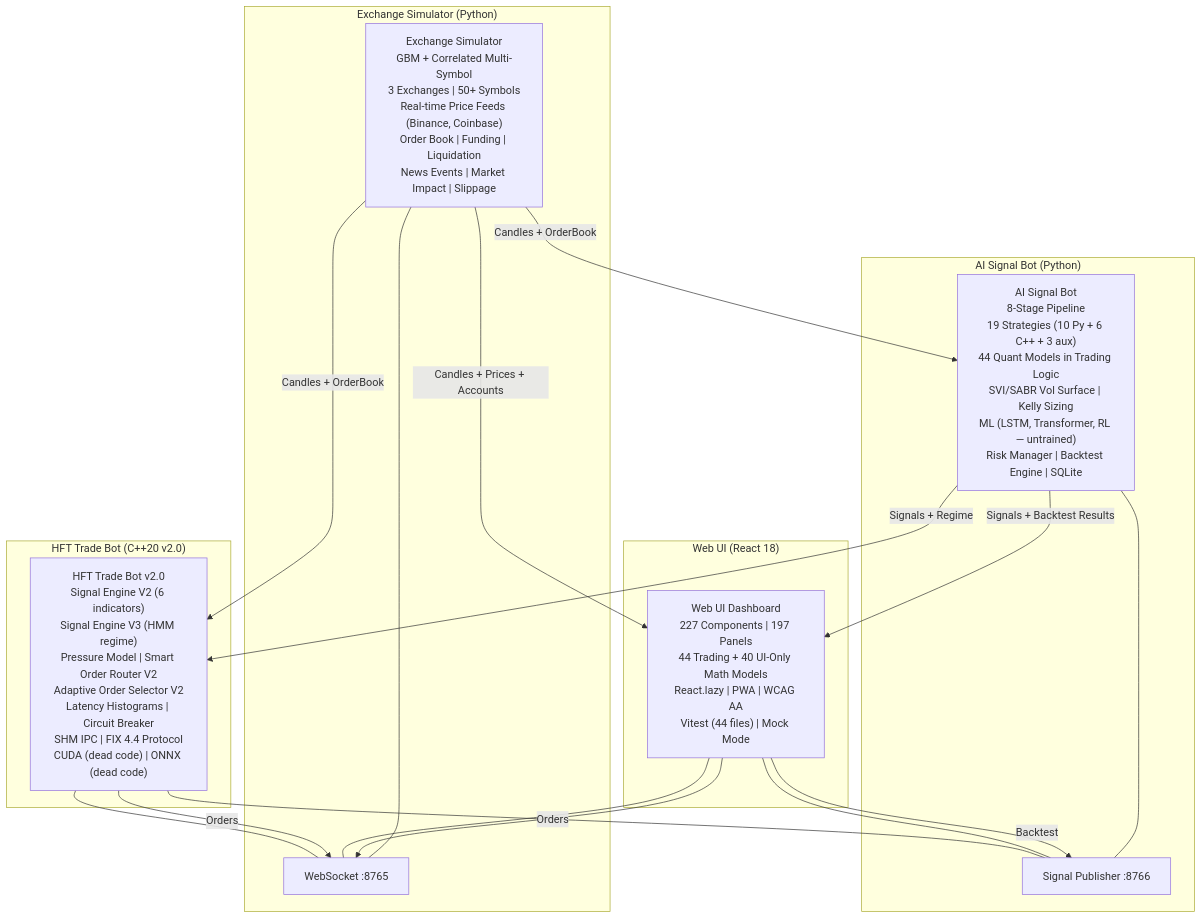
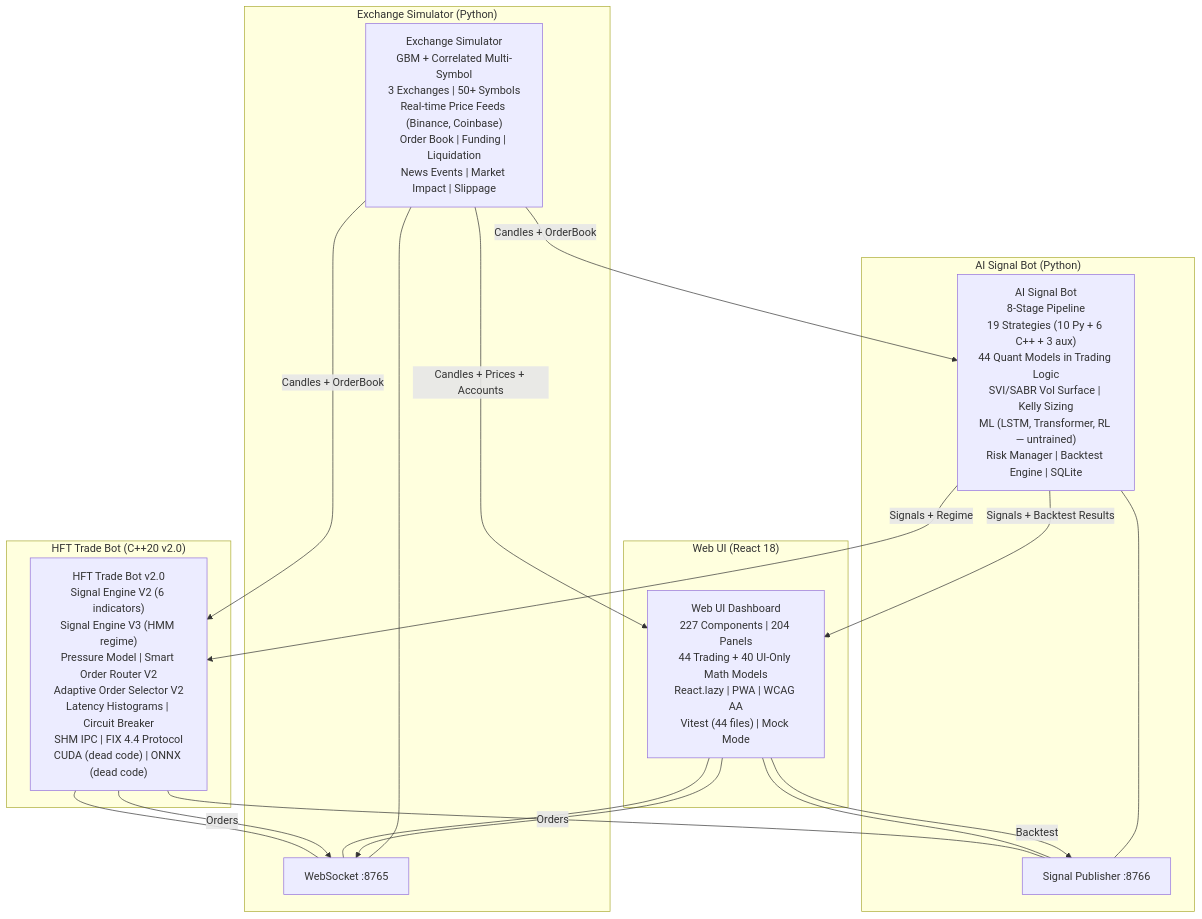
The diagram in docs/ARCHITECTURE.md (ezpectus/HFT-trading-simulator), drawn with Mermaid before and after one commit. The commit also changed other lines of this file and 14 other files, not shown here.

Commit message:
docs: Sprint 17 — fix stale README/ARCHITECTURE badges, correct test coverage audit. QUAL-082: README panels 197→204, tests 172+→182, readiness 62%→66%. QUAL-083: ARCHITECTURE.md 6× 197→204. QUAL-080 corrected: 8 untested modules (not 13), 92.2% coverage.

````diff
--- a/docs/ARCHITECTURE.md
+++ b/docs/ARCHITECTURE.md
@@ -23,35 +23,35 @@
 ```mermaid
 graph TB
     subgraph "Exchange Simulator (Python)"
         ES["Exchange Simulator<br/>GBM + Correlated Multi-Symbol<br/>3 Exchanges | 50+ Symbols<br/>Real-time Price Feeds (Binance, Coinbase)<br/>Order Book | Funding | Liquidation<br/>News Events | Market Impact | Slippage"]
         WS8765[WebSocket :8765]
         WS8765 --- ES
     end
 
     subgraph "AI Signal Bot (Python)"
         AI["AI Signal Bot<br/>8-Stage Pipeline<br/>19 Strategies (10 Py + 6 C++ + 3 aux)<br/>44 Quant Models in Trading Logic<br/>SVI/SABR Vol Surface | Kelly Sizing<br/>ML (LSTM, Transformer, RL — untrained)<br/>Risk Manager | Backtest Engine | SQLite"]
         WS8766[Signal Publisher :8766]
         WS8766 --- AI
     end
 
     subgraph "HFT Trade Bot (C++20 v2.0)"
         HFT["HFT Trade Bot v2.0<br/>Signal Engine V2 (6 indicators)<br/>Signal Engine V3 (HMM regime)<br/>Pressure Model | Smart Order Router V2<br/>Adaptive Order Selector V2<br/>Latency Histograms | Circuit Breaker<br/>SHM IPC | FIX 4.4 Protocol<br/>CUDA (dead code) | ONNX (dead code)"]
         HFT --- WS8765
         HFT --- WS8766
         HFT -->|Orders| WS8765
     end
 
     subgraph "Web UI (React 18)"
-        UI["Web UI Dashboard<br/>227 Components | 197 Panels<br/>44 Trading + 40 UI-Only Math Models<br/>React.lazy | PWA | WCAG AA<br/>Vitest (44 files) | Mock Mode"]
+        UI["Web UI Dashboard<br/>227 Components | 204 Panels<br/>44 Trading + 40 UI-Only Math Models<br/>React.lazy | PWA | WCAG AA<br/>Vitest (44 files) | Mock Mode"]
         UI --- WS8765
         UI --- WS8766
         UI -->|Orders| WS8765
         UI -->|Backtest| WS8766
     end
 
     ES -->|Candles + OrderBook| AI
     ES -->|Candles + OrderBook| HFT
     ES -->|Candles + Prices + Accounts| UI
     AI -->|Signals + Regime| HFT
     AI -->|Signals + Backtest Results| UI
 ```
````
